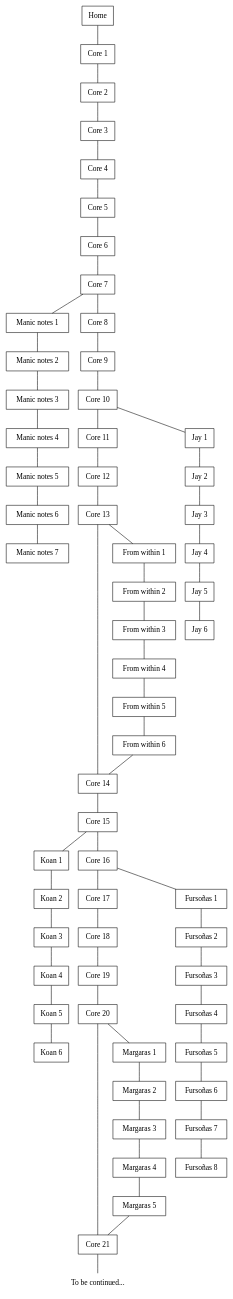
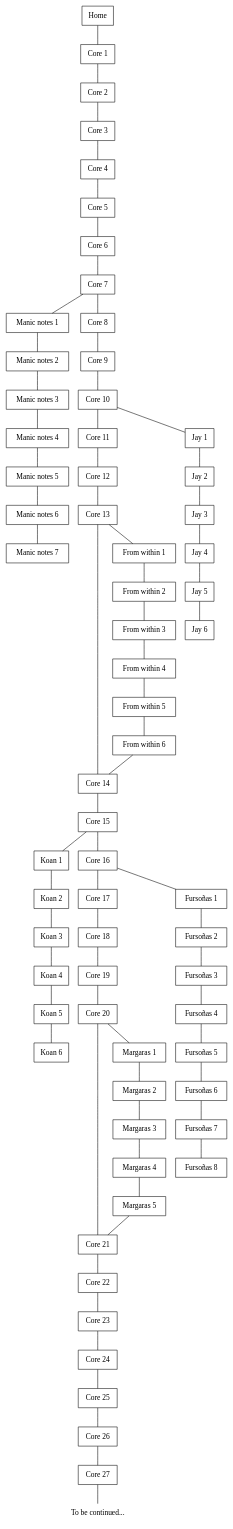
One commit to makyo/ally changed the diagram in static/map.dot. Above: the diagram before and after it, drawn with Graphviz. The commit also changed 2 other files, not shown here.

```diff
--- a/static/map.dot
+++ b/static/map.dot
@@ -1,97 +1,103 @@
 graph Map {
     node[shape="box"]
     label=""
 
     node[group="koan"]
     "Koan 1" [href="/koan/"]
     "Koan 2" [href="/koan/page/2"]
     "Koan 3" [href="/koan/page/3"]
     "Koan 4" [href="/koan/page/4"]
     "Koan 5" [href="/koan/page/5"]
     "Koan 6" [href="/koan/page/6"]
     node[group=""]
 
     node[group="mania"]
     "Manic notes 1" [href="/mania/"]
     "Manic notes 2" [href="/mania/page/2"]
     "Manic notes 3" [href="/mania/page/3"]
     "Manic notes 4" [href="/mania/page/4"]
     "Manic notes 5" [href="/mania/page/5"]
     "Manic notes 6" [href="/mania/page/6"]
     "Manic notes 7" [href="/mania/page/7"]
     node[group=""]
 
     node[group="core"]
     Home [href="/"]
     "Core 1" [href="/core/"]
     "Core 2" [href="/core/page/2"]
     "Core 3" [href="/core/page/3"]
     "Core 4" [href="/core/page/4"]
     "Core 5" [href="/core/page/5"]
     "Core 6" [href="/core/page/6"]
     "Core 7" [href="/core/page/7"]
     "Core 8" [href="/core/page/8"]
     "Core 9" [href="/core/page/9"]
     "Core 10" [href="/core/page/10"]
     "Core 11" [href="/core/page/11"]
     "Core 12" [href="/core/page/12"]
     "Core 13" [href="/core/page/13"]
     "Core 14" [href="/core/page/14"]
     "Core 15" [href="/core/page/15"]
     "Core 16" [href="/core/page/16"]
     "Core 17" [href="/core/page/17"]
     "Core 18" [href="/core/page/18"]
     "Core 19" [href="/core/page/19"]
     "Core 20" [href="/core/page/20"]
     "Core 21" [href="/core/page/21"]
+    "Core 22" [href="/core/page/22"]
+    "Core 23" [href="/core/page/23"]
+    "Core 24" [href="/core/page/24"]
+    "Core 25" [href="/core/page/25"]
+    "Core 26" [href="/core/page/26"]
+    "Core 27" [href="/core/page/27"]
     "To be continued..." [shape="none"]
     node[group=""]
 
-    Home -- "Core 1" -- "Core 2" -- "Core 3" -- "Core 4" -- "Core 5" -- "Core 6" -- "Core 7" -- "Core 8" -- "Core 9" -- "Core 10" -- "Core 11" -- "Core 12" -- "Core 13" -- "Core 14" -- "Core 15" -- "Core 16" -- "Core 17" -- "Core 18" -- "Core 19" -- "Core 20" -- "Core 21" -- "To be continued..."
+    Home -- "Core 1" -- "Core 2" -- "Core 3" -- "Core 4" -- "Core 5" -- "Core 6" -- "Core 7" -- "Core 8" -- "Core 9" -- "Core 10" -- "Core 11" -- "Core 12" -- "Core 13" -- "Core 14" -- "Core 15" -- "Core 16" -- "Core 17" -- "Core 18" -- "Core 19" -- "Core 20" -- "Core 21" -- "Core 22" -- "Core 23" -- "Core 24" -- "Core 25" -- "Core 26" -- "Core 27" -- "To be continued..."
 
     "Core 7" -- "Manic notes 1" -- "Manic notes 2" -- "Manic notes 3" -- "Manic notes 4" -- "Manic notes 5" -- "Manic notes 6" -- "Manic notes 7"
 
     node[group="jay"]
     "Jay 1" [href="/jay/"]
     "Jay 2" [href="/jay/page/2"]
     "Jay 3" [href="/jay/page/3"]
     "Jay 4" [href="/jay/page/4"]
     "Jay 5" [href="/jay/page/5"]
     "Jay 6" [href="/jay/page/6"]
     node[group=""]
     "Core 10" -- "Jay 1" -- "Jay 2" -- "Jay 3" -- "Jay 4" -- "Jay 5" -- "Jay 6"
 
     node[group="from-within"]
     "From within 1" [href="/from-within/"]
     "From within 2" [href="/from-within/2"]
     "From within 3" [href="/from-within/3"]
     "From within 4" [href="/from-within/4"]
     "From within 5" [href="/from-within/5"]
     "From within 6" [href="/from-within/i-guess.."]
     node[group=""]
     "Core 13" -- "From within 1" -- "From within 2" -- "From within 3" -- "From within 4" -- "From within 5" -- "From within 6" -- "Core 14"
 
     "Core 15" -- "Koan 1" [weight=1]
     "Koan 1" -- "Koan 2" -- "Koan 3" -- "Koan 4" -- "Koan 5" -- "Koan 6"
 
     node[group="fursona"]
     "Fursoñas 1" [href="/fursona/"]
     "Fursoñas 2" [href="/fursona/page/2"]
     "Fursoñas 3" [href="/fursona/page/3"]
     "Fursoñas 4" [href="/fursona/page/4"]
     "Fursoñas 5" [href="/fursona/page/5"]
     "Fursoñas 6" [href="/fursona/page/6"]
     "Fursoñas 7" [href="/fursona/page/7"]
     "Fursoñas 8" [href="/fursona/page/8"]
     node[group=""]
     "Core 16" -- "Fursoñas 1" -- "Fursoñas 2" -- "Fursoñas 3" -- "Fursoñas 4" -- "Fursoñas 5" -- "Fursoñas 6" -- "Fursoñas 7" -- "Fursoñas 8"
 
     node[group="margaras"]
     "Margaras 1" [href="/margaras"]
     "Margaras 2" [href="/margaras/page/2"]
     "Margaras 3" [href="/margaras/page/3"]
     "Margaras 4" [href="/margaras/page/4"]
     "Margaras 5" [href="/margaras/page/5"]
     node[group=""]
     "Core 20" -- "Margaras 1" -- "Margaras 2" -- "Margaras 3" -- "Margaras 4" -- "Margaras 5" -- "Core 21"
 }
```
